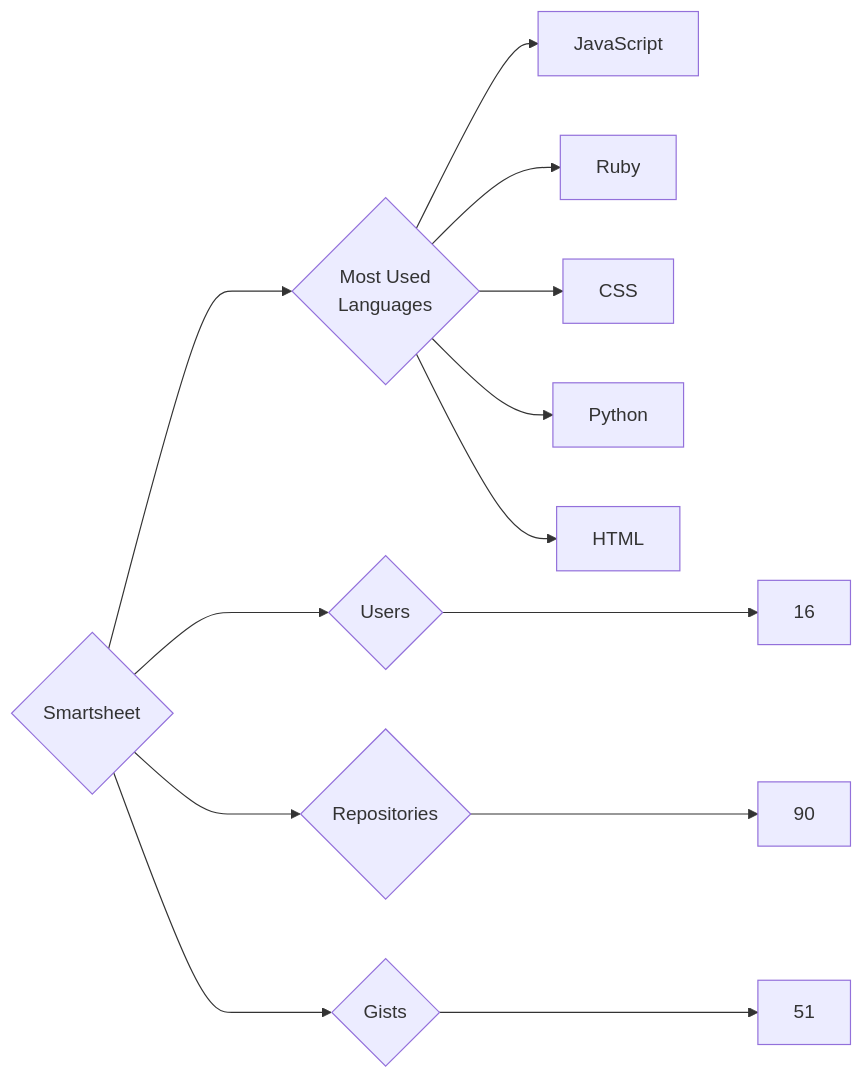
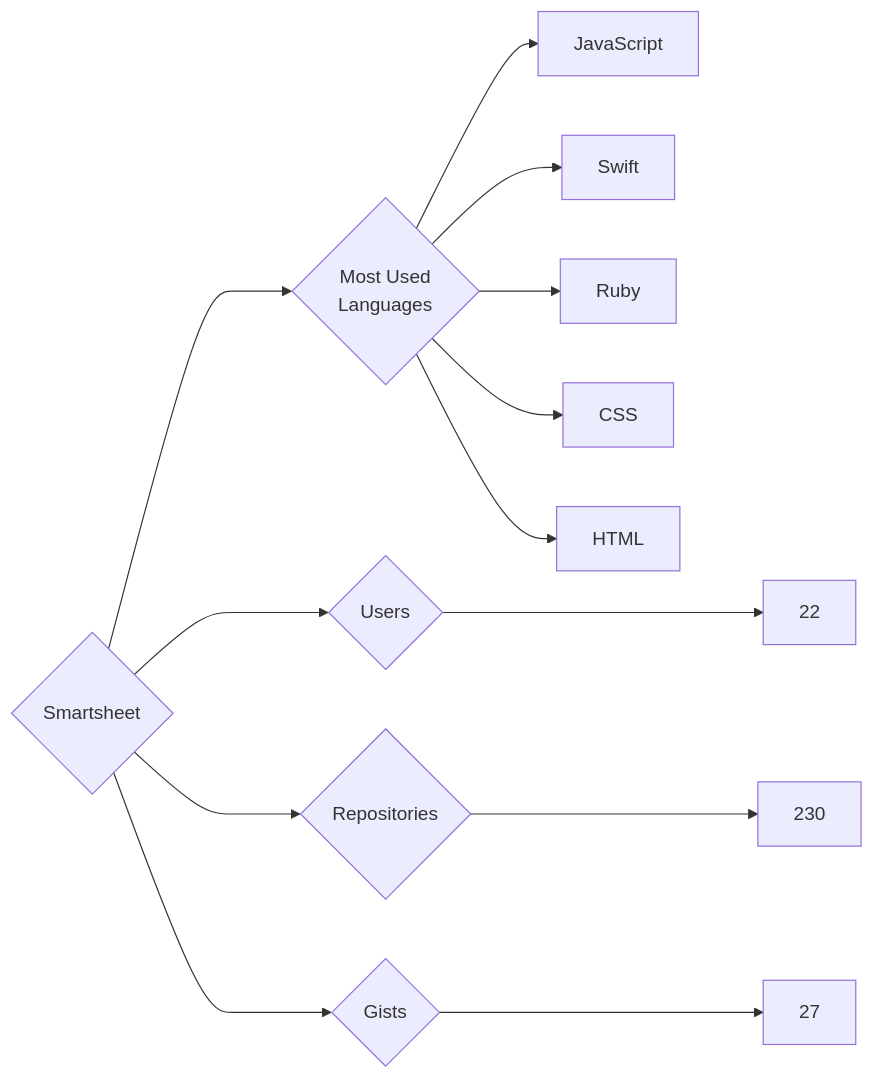
One commit to trickest/insiders changed the diagram in targets/Smartsheet/README.md. Above: the diagram before and after it, drawn with Mermaid. The commit also changed 1011 other files, not shown here.

````diff
--- a/targets/Smartsheet/README.md
+++ b/targets/Smartsheet/README.md
@@ -3,13 +3,13 @@
 ```mermaid
 graph LR
 COMPANY_NAME{Smartsheet}
-COMPANY_NAME ---> U{Users} ---> UN[16]
-COMPANY_NAME ---> R{Repositories} ---> RN[90]
-COMPANY_NAME ---> G{Gists} ---> GN[51]
+COMPANY_NAME ---> U{Users} ---> UN[22]
+COMPANY_NAME ---> R{Repositories} ---> RN[230]
+COMPANY_NAME ---> G{Gists} ---> GN[27]
 COMPANY_NAME ---> ML{Most Used<br>Languages}
 ML --> JavaScript[JavaScript]
+ML --> Swift[Swift]
 ML --> Ruby[Ruby]
 ML --> CSS[CSS]
-ML --> Python[Python]
 ML --> HTML[HTML]
 ```
````
